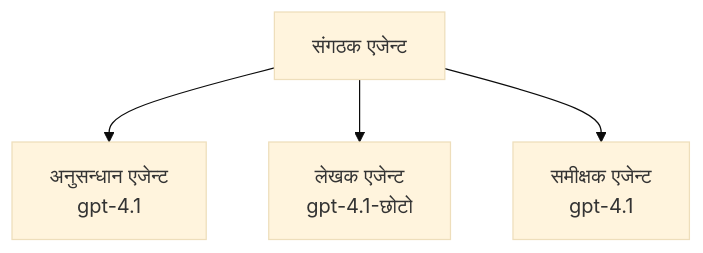
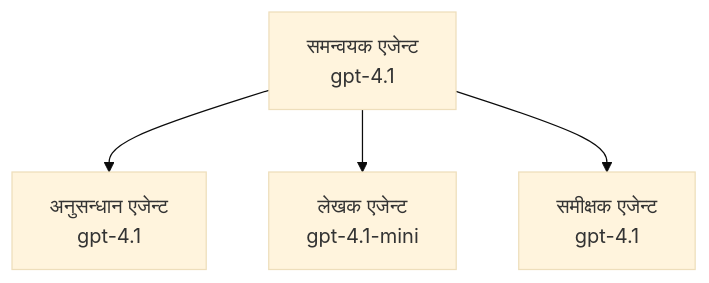
Before and after one commit to microsoft/AZD-for-beginners: the third of 3 diagrams in translations/ne/docs/chapter-02-ai-development/agents.md, drawn with Mermaid (base theme). The commit also changed other lines of this file and 104 other files, not shown here.

````diff
--- a/translations/ne/docs/chapter-02-ai-development/agents.md
+++ b/translations/ne/docs/chapter-02-ai-development/agents.md
@@ -194,6 +201,6 @@
 ```mermaid
 graph TD
-    Orchestrator[संगठक एजेन्ट] --> Research[अनुसन्धान एजेन्ट<br/>gpt-4.1]
-    Orchestrator --> Writer[लेखक एजेन्ट<br/>gpt-4.1-छोटो]
+    Orchestrator[समन्वयक एजेन्ट<br/>gpt-4.1] --> Research[अनुसन्धान एजेन्ट<br/>gpt-4.1]
+    Orchestrator --> Writer[लेखक एजेन्ट<br/>gpt-4.1-mini]
     Orchestrator --> Reviewer[समीक्षक एजेन्ट<br/>gpt-4.1]
 ```
````
